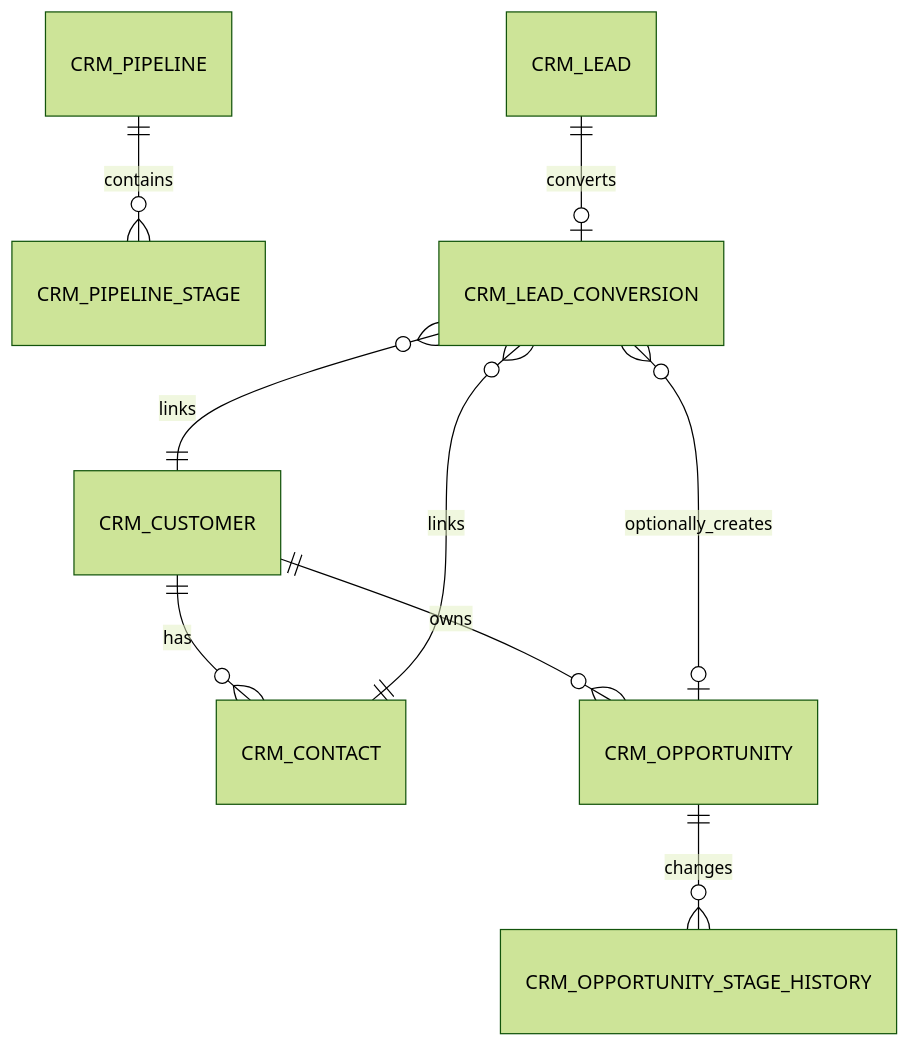
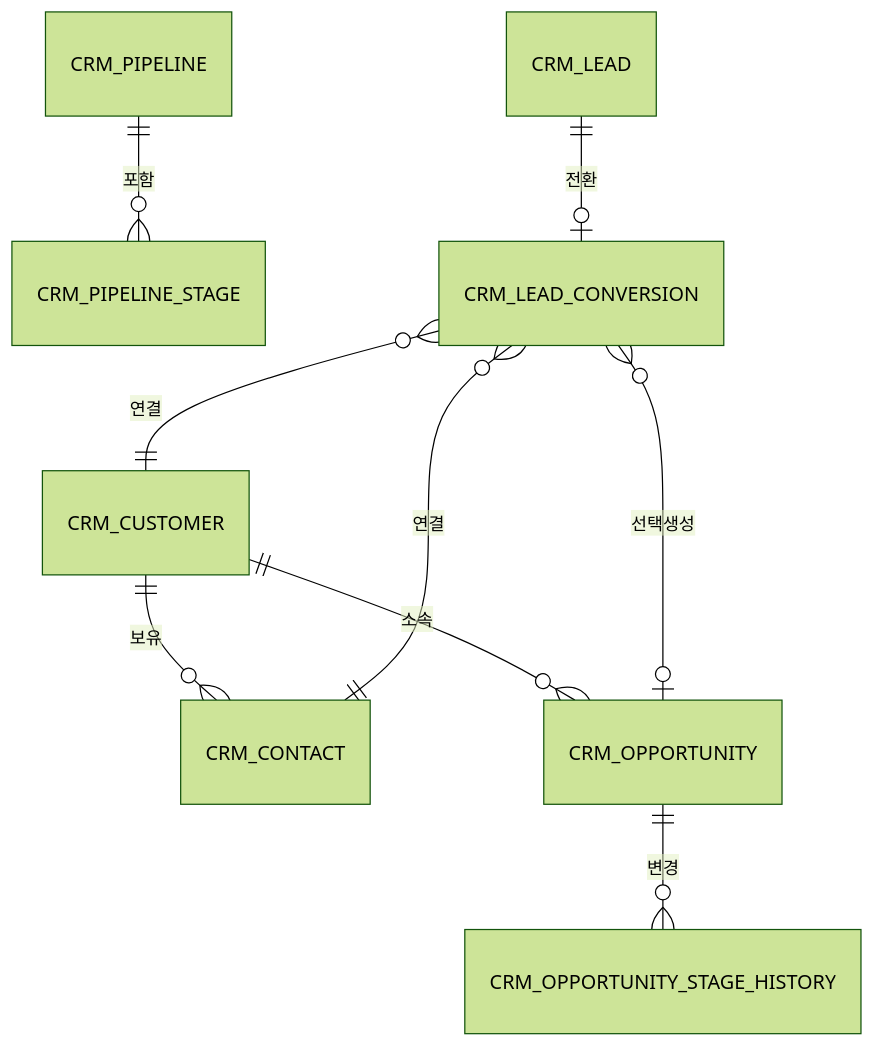
The diagram in docs/crm.kr.md (wang-baohai/Omni-Stack), drawn with Mermaid (forest theme) before and after one commit. The commit also changed other lines of this file and 1095 other files, not shown here.

````diff
--- a/docs/crm.kr.md
+++ b/docs/crm.kr.md
@@ -42,11 +43,11 @@
 ```mermaid
 erDiagram
-    CRM_PIPELINE ||--o{ CRM_PIPELINE_STAGE : contains
-    CRM_LEAD ||--o| CRM_LEAD_CONVERSION : converts
-    CRM_CUSTOMER ||--o{ CRM_CONTACT : has
-    CRM_CUSTOMER ||--o{ CRM_OPPORTUNITY : owns
-    CRM_OPPORTUNITY ||--o{ CRM_OPPORTUNITY_STAGE_HISTORY : changes
-    CRM_LEAD_CONVERSION }o--|| CRM_CUSTOMER : links
-    CRM_LEAD_CONVERSION }o--|| CRM_CONTACT : links
-    CRM_LEAD_CONVERSION }o--o| CRM_OPPORTUNITY : optionally_creates
+    CRM_PIPELINE ||--o{ CRM_PIPELINE_STAGE : 포함
+    CRM_LEAD ||--o| CRM_LEAD_CONVERSION : 전환
+    CRM_CUSTOMER ||--o{ CRM_CONTACT : 보유
+    CRM_CUSTOMER ||--o{ CRM_OPPORTUNITY : 소속
+    CRM_OPPORTUNITY ||--o{ CRM_OPPORTUNITY_STAGE_HISTORY : 변경
+    CRM_LEAD_CONVERSION }o--|| CRM_CUSTOMER : 연결
+    CRM_LEAD_CONVERSION }o--|| CRM_CONTACT : 연결
+    CRM_LEAD_CONVERSION }o--o| CRM_OPPORTUNITY : 선택생성
 ```
````
